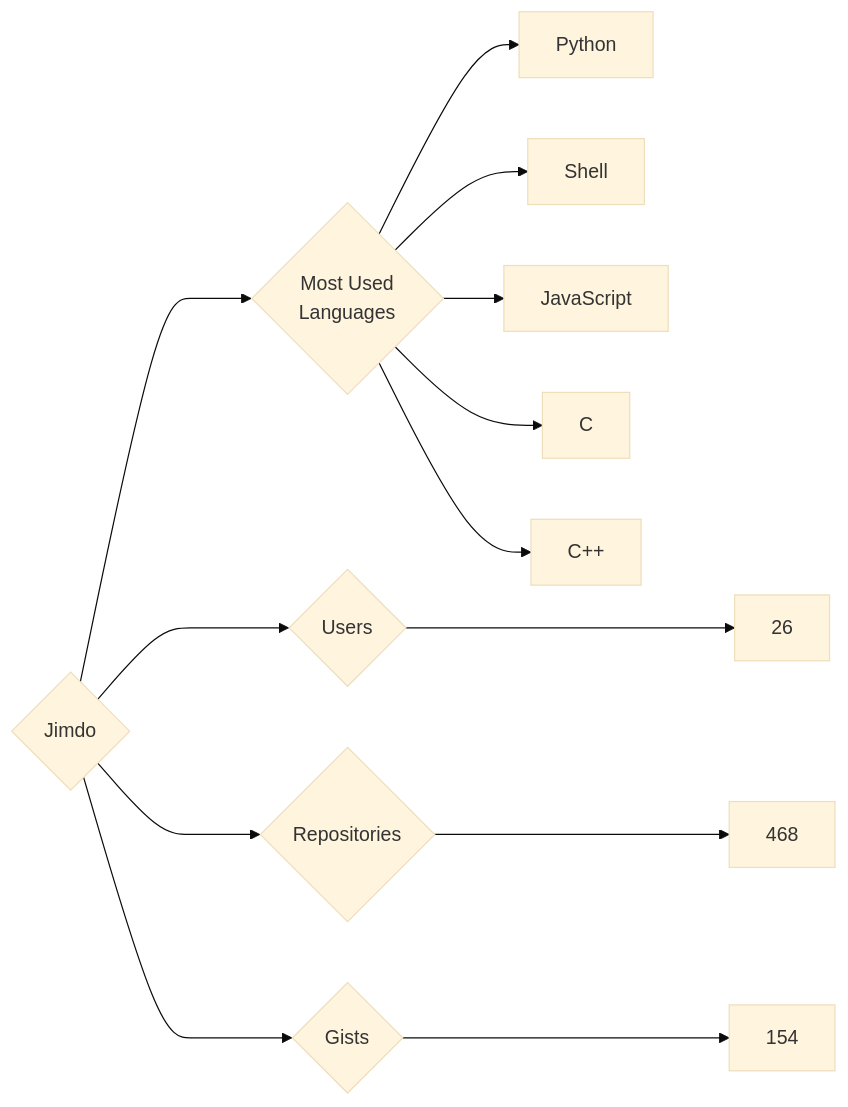
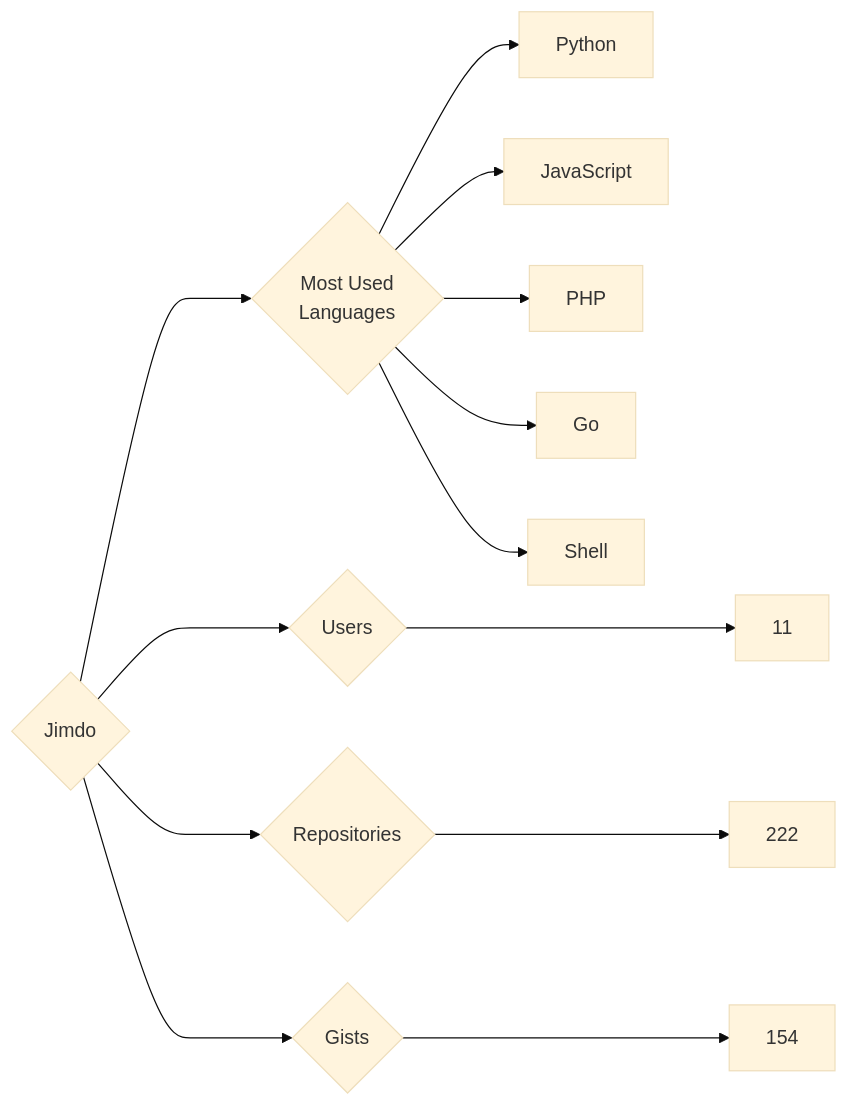
Before and after one commit to trickest/insiders: the diagram in targets/Jimdo/README.md, drawn with Mermaid (base theme). The commit also changed 681 other files, not shown here.

````diff
--- a/targets/Jimdo/README.md
+++ b/targets/Jimdo/README.md
@@ -3,13 +3,13 @@
 ```mermaid
 graph LR
 COMPANY_NAME{Jimdo}
-COMPANY_NAME ---> U{Users} ---> UN[26]
-COMPANY_NAME ---> R{Repositories} ---> RN[468]
+COMPANY_NAME ---> U{Users} ---> UN[11]
+COMPANY_NAME ---> R{Repositories} ---> RN[222]
 COMPANY_NAME ---> G{Gists} ---> GN[154]
 COMPANY_NAME ---> ML{Most Used<br>Languages}
 ML --> Python[Python]
+ML --> JavaScript[JavaScript]
+ML --> PHP[PHP]
+ML --> Go[Go]
 ML --> Shell[Shell]
-ML --> JavaScript[JavaScript]
-ML --> C[C]
-ML --> C++[C++]
 ```
````
